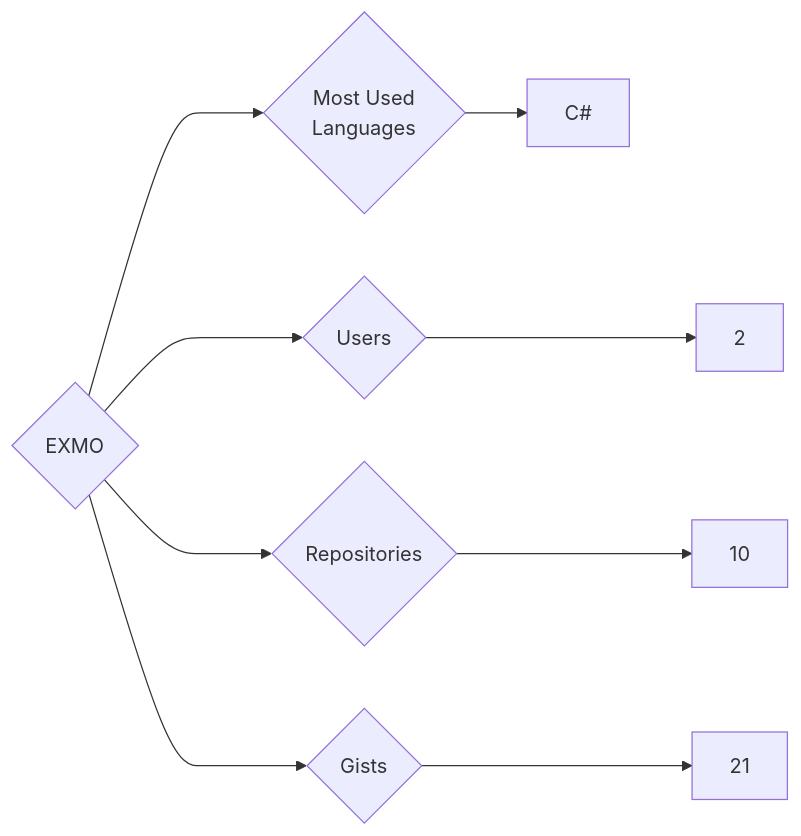
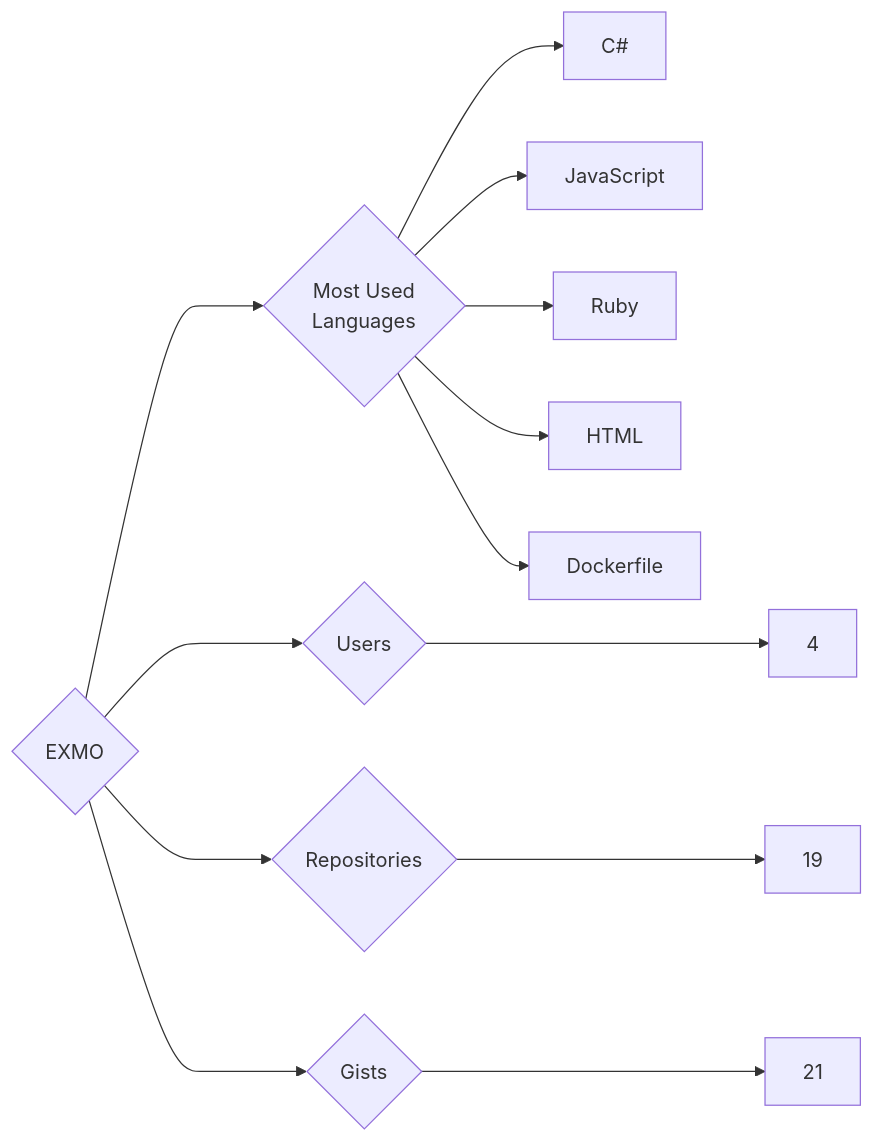
The diagram in targets/EXMO/README.md (trickest/insiders), drawn with Mermaid before and after one commit. The commit also changed 873 other files, not shown here.

````diff
--- a/targets/EXMO/README.md
+++ b/targets/EXMO/README.md
@@ -3,9 +3,13 @@
 ```mermaid
 graph LR
 COMPANY_NAME{EXMO}
-COMPANY_NAME ---> U{Users} ---> UN[2]
-COMPANY_NAME ---> R{Repositories} ---> RN[10]
+COMPANY_NAME ---> U{Users} ---> UN[4]
+COMPANY_NAME ---> R{Repositories} ---> RN[19]
 COMPANY_NAME ---> G{Gists} ---> GN[21]
 COMPANY_NAME ---> ML{Most Used<br>Languages}
 ML --> C#[C#]
+ML --> JavaScript[JavaScript]
+ML --> Ruby[Ruby]
+ML --> HTML[HTML]
+ML --> Dockerfile[Dockerfile]
 ```
````
